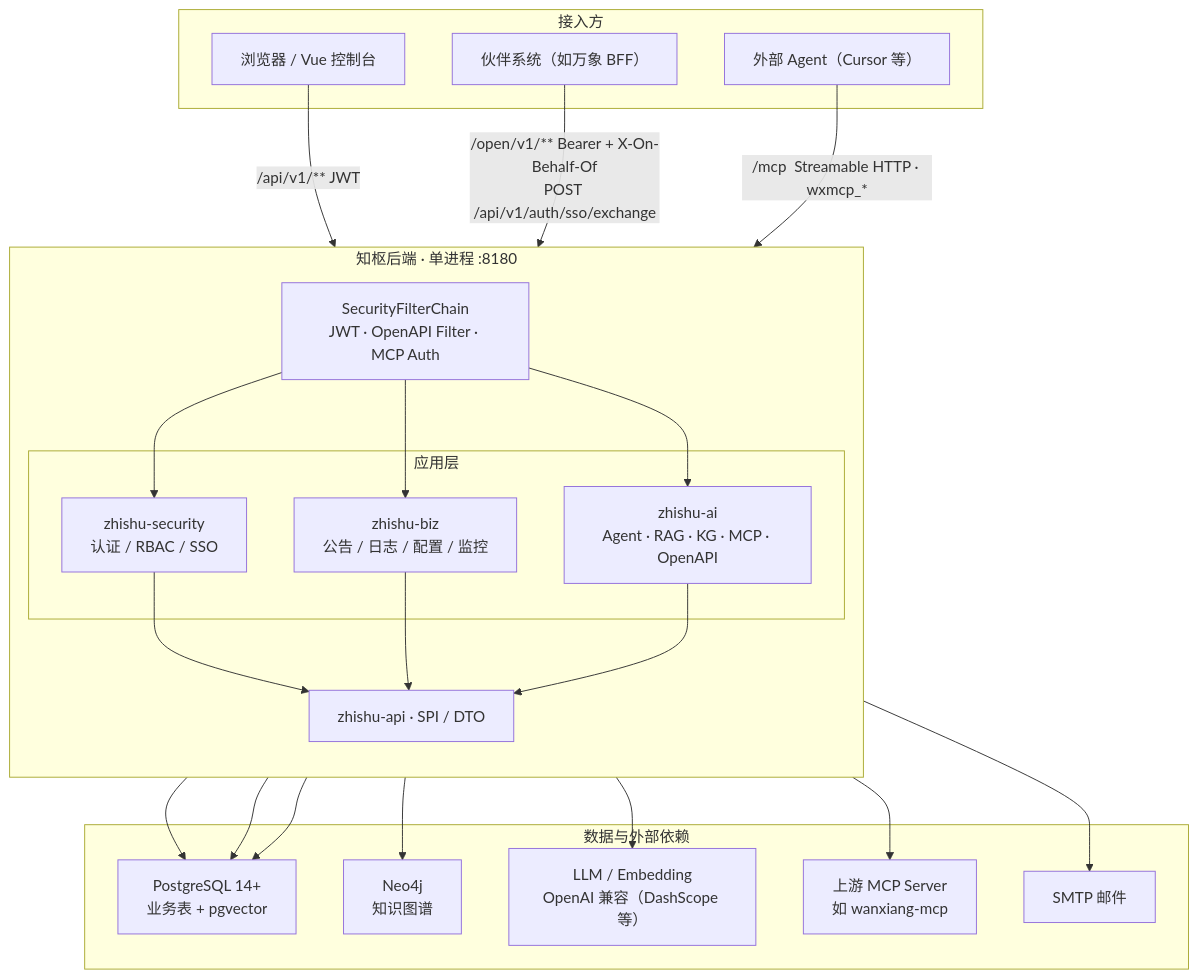
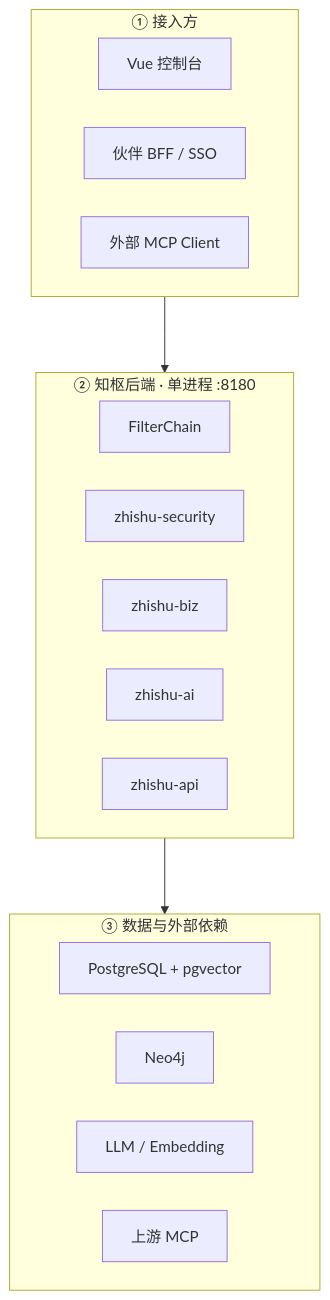
One commit to DataFutureX/zhishu-integrable-framework changed the first of 11 diagrams in zhishu-backend/README.md. Above: the diagram before and after it, drawn with Mermaid. The commit also changed other lines of this file and 83 other files, not shown here.

````diff
--- a/zhishu-backend/README.md
+++ b/zhishu-backend/README.md
@@ -85,45 +95,30 @@
 ```mermaid
+%%{init: {"flowchart": {"nodeSpacing": 40, "rankSpacing": 80, "curve": "linear"}}}%%
 flowchart TB
-  subgraph Clients["接入方"]
-    Browser["浏览器 / Vue 控制台"]
-    Partner["伙伴系统（如万象 BFF）"]
-    ExtAgent["外部 Agent（Cursor 等）"]
+  subgraph L1["① 接入方"]
+    direction LR
+    Browser["Vue 控制台"]
+    Partner["伙伴 BFF / SSO"]
+    ExtAgent["外部 MCP Client"]
   end
 
-  subgraph Gateway["知枢后端 · 单进程 :8180"]
-    direction TB
-    Filters["SecurityFilterChain<br/>JWT · OpenAPI Filter · MCP Auth"]
-    subgraph Apps["应用层"]
-      Sec["zhishu-security<br/>认证 / RBAC / SSO"]
-      Biz["zhishu-biz<br/>公告 / 日志 / 配置 / 监控"]
-      AI["zhishu-ai<br/>Agent · RAG · KG · MCP · OpenAPI"]
-    end
-    SPI["zhishu-api · SPI / DTO"]
-    Filters --> Sec
-    Filters --> Biz
-    Filters --> AI
-    Sec --> SPI
-    Biz --> SPI
-    AI --> SPI
+  subgraph L2["② 知枢后端 · 单进程 :8180"]
+    direction LR
+    Filter["FilterChain"]
+    Sec["zhishu-security"]
+    Biz["zhishu-biz"]
+    AI["zhishu-ai"]
+    SPI["zhishu-api"]
   end
 
-  subgraph Data["数据与外部依赖"]
-    PG["PostgreSQL 14+<br/>业务表 + pgvector"]
-    Neo["Neo4j<br/>知识图谱"]
-    LLM["LLM / Embedding<br/>OpenAI 兼容（DashScope 等）"]
-    UpMCP["上游 MCP Server<br/>如 wanxiang-mcp"]
-    Mail["SMTP 邮件"]
+  subgraph L3["③ 数据与外部依赖"]
+    direction LR
+    PG["PostgreSQL + pgvector"]
+    Neo["Neo4j"]
+    LLM["LLM / Embedding"]
+    UpMCP["上游 MCP"]
   end
 
-  Browser -->|"/api/v1/** JWT"| Filters
-  Partner -->|"/open/v1/** Bearer + X-On-Behalf-Of<br/>POST /api/v1/auth/sso/exchange"| Filters
-  ExtAgent -->|"/mcp  Streamable HTTP · wxmcp_*"| Filters
-
-  Sec --> PG
-  Biz --> PG
-  AI --> PG
-  AI --> Neo
-  AI --> LLM
-  AI --> UpMCP
-  AI --> Mail
+  L1 --> L2
+  L2 --> L3
 ```
````
